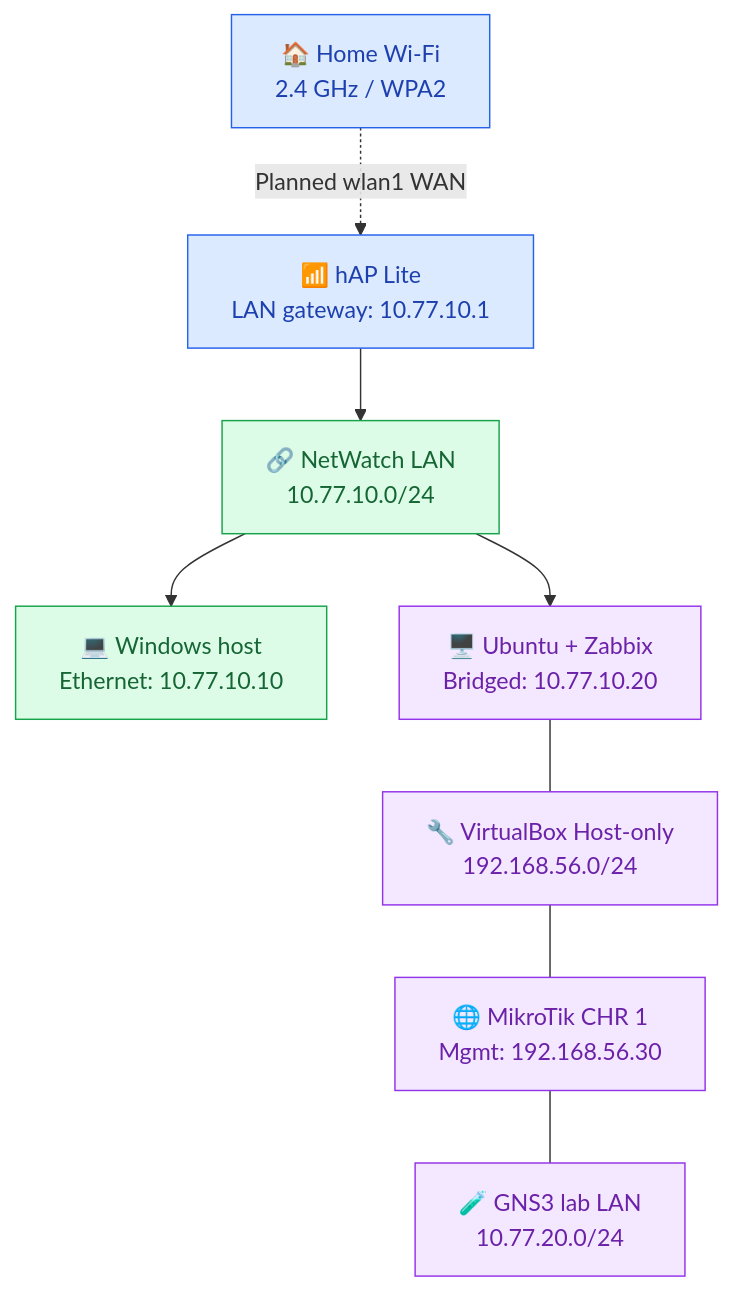
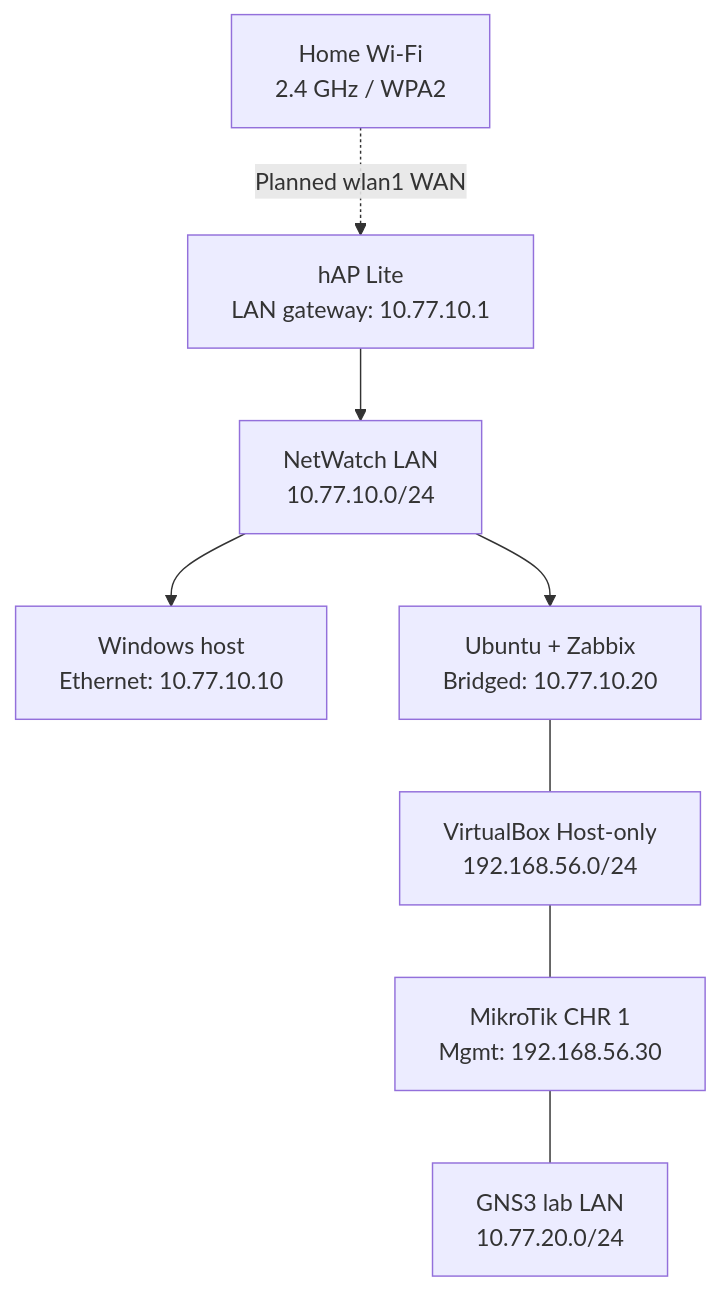
Before and after one commit to DrBham/NetWatch-NOC-Network-Monitoring-System: the diagram in README.md, drawn with Mermaid. The commit also changed other lines of this file, not shown here.

````diff
--- a/README.md
+++ b/README.md
@@ -40,16 +51,10 @@
 ```mermaid
 flowchart TB
-    UP["🏠 Home Wi-Fi<br/>2.4 GHz / WPA2"] -. "Planned wlan1 WAN" .-> R["📶 hAP Lite<br/>LAN gateway: 10.77.10.1"]
-    R --> N["🔗 NetWatch LAN<br/>10.77.10.0/24"]
-    N --> W["💻 Windows host<br/>Ethernet: 10.77.10.10"]
-    N --> Z["🖥️ Ubuntu + Zabbix<br/>Bridged: 10.77.10.20"]
-    Z --- H["🔧 VirtualBox Host-only<br/>192.168.56.0/24"]
-    H --- C["🌐 MikroTik CHR 1<br/>Mgmt: 192.168.56.30"]
-    C --- G["🧪 GNS3 lab LAN<br/>10.77.20.0/24"]
-    classDef wan fill:#dbeafe,stroke:#2563eb,color:#1e40af
-    classDef lan fill:#dcfce7,stroke:#16a34a,color:#166534
-    classDef virt fill:#f3e8ff,stroke:#9333ea,color:#6b21a8
-    class UP,R wan
-    class N,W lan
-    class Z,H,C,G virt
+    UP["Home Wi-Fi<br/>2.4 GHz / WPA2"] -. "Planned wlan1 WAN" .-> R["hAP Lite<br/>LAN gateway: 10.77.10.1"]
+    R --> N["NetWatch LAN<br/>10.77.10.0/24"]
+    N --> W["Windows host<br/>Ethernet: 10.77.10.10"]
+    N --> Z["Ubuntu + Zabbix<br/>Bridged: 10.77.10.20"]
+    Z --- H["VirtualBox Host-only<br/>192.168.56.0/24"]
+    H --- C["MikroTik CHR 1<br/>Mgmt: 192.168.56.30"]
+    C --- G["GNS3 lab LAN<br/>10.77.20.0/24"]
 ```
````
